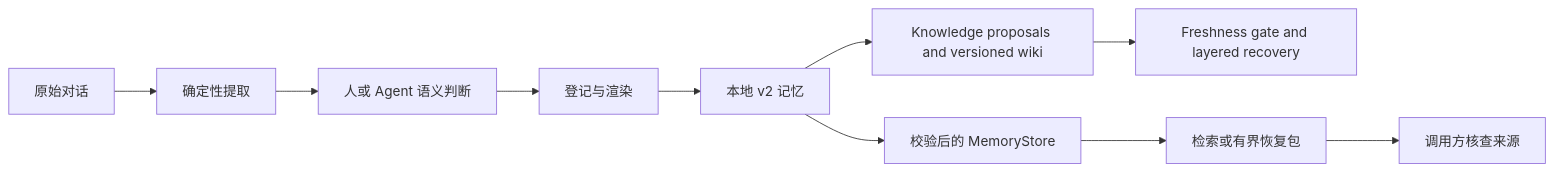
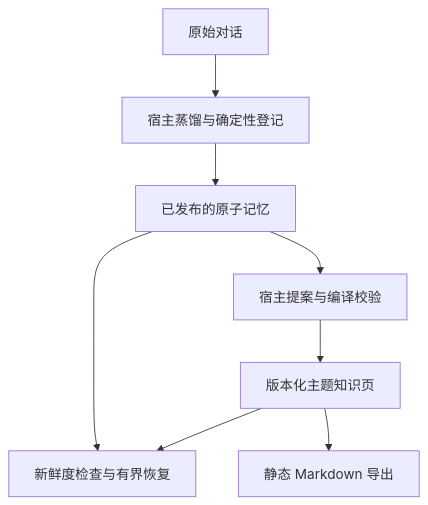
Before and after one commit to Anhao1314/CarryTrace: the diagram in README.zh-CN.md, drawn with Mermaid. The commit also changed other lines of this file and 7 other files, not shown here.

````diff
--- a/README.zh-CN.md
+++ b/README.zh-CN.md
@@ -126,12 +167,10 @@
 ```mermaid
-flowchart LR
-    A[原始对话] --> B[确定性提取]
-    B --> C[人或 Agent 语义判断]
-    C --> D[登记与渲染]
-    D --> E[本地 v2 记忆]
-    E --> W[Knowledge proposals and versioned wiki]
-    W --> R[Freshness gate and layered recovery]
-    E --> F[校验后的 MemoryStore]
-    F --> G[检索或有界恢复包]
-    G --> H[调用方核查来源]
+flowchart TD
+    A[原始对话] --> B[宿主蒸馏与确定性登记]
+    B --> C[已发布的原子记忆]
+    C --> D[宿主提案与编译校验]
+    D --> E[版本化主题知识页]
+    E --> F[新鲜度检查与有界恢复]
+    C --> F
+    E --> G[静态 Markdown 导出]
 ```
````
